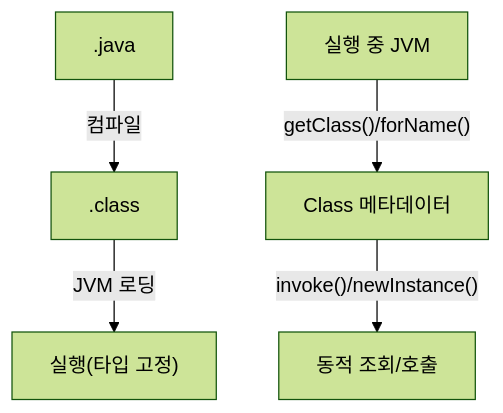
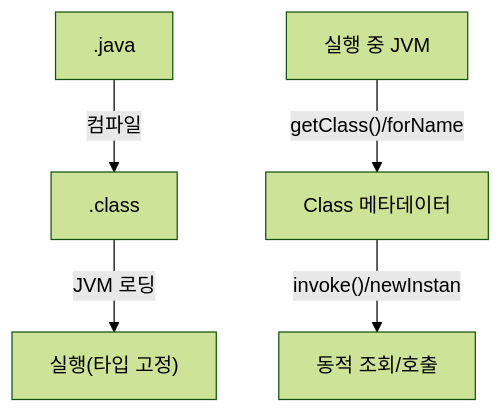
Before and after one commit to yjkim2015/yjkim2015.github.io: the first of 4 diagrams in _posts/java/2026-05-01-java-reflection.md, drawn with Mermaid (forest theme). The commit also changed other lines of this file and 271 other files, not shown here.

First line of the commit message:
Mermaid 라벨 축소: 긴 노드 텍스트 18자 이하로 트림 + \n 제거

````diff
--- a/_posts/java/2026-05-01-java-reflection.md
+++ b/_posts/java/2026-05-01-java-reflection.md
@@ -24,6 +24,6 @@
 ```mermaid
 graph TD
     S1[".java"] -->|"컴파일"| B1[".class"] -->|"JVM 로딩"| E1["실행(타입 고정)"]
-    JVM["실행 중 JVM"] -->|"getClass()/forName()"| META["Class 메타데이터"]
-    META -->|"invoke()/newInstance()"| OP["동적 조회/호출"]
+    JVM["실행 중 JVM"] -->|"getClass()/forName"| META["Class 메타데이터"]
+    META -->|"invoke()/newInstan"| OP["동적 조회/호출"]
 ```
````
